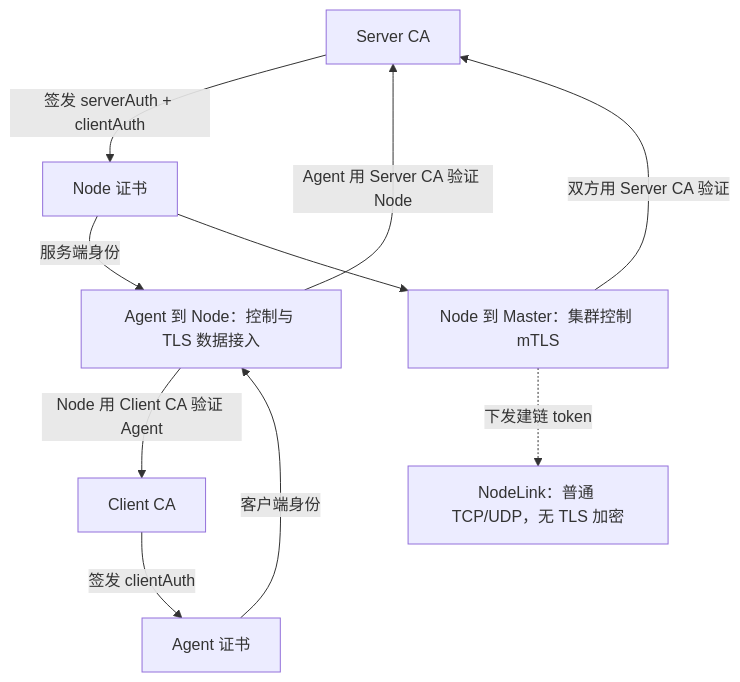
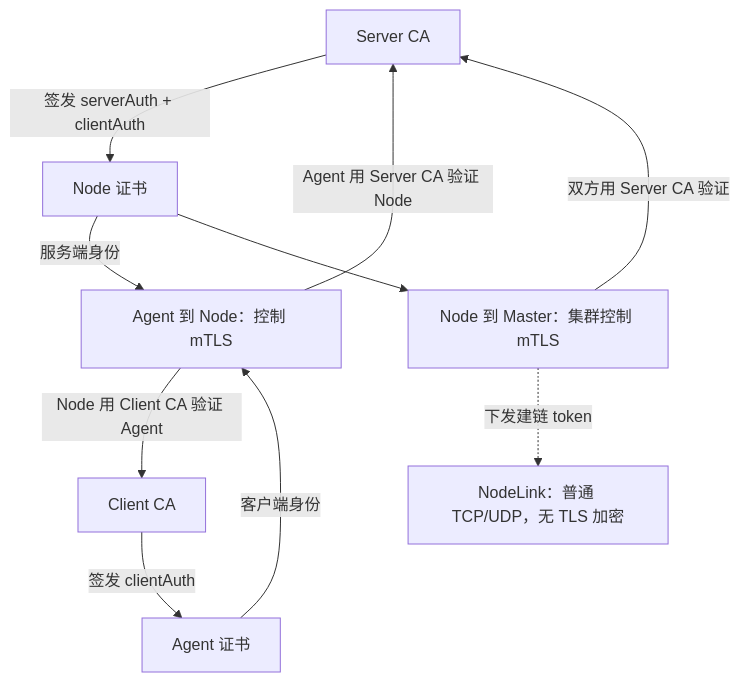
Before and after one commit to Xtinc/relayweave: diagram 17 of 20 in docs/RelayWeave设计.md, drawn with Mermaid. The commit also changed other lines of this file and 62 other files, not shown here.

First line of the commit message:
Refactor: Remove TLS configuration from node settings

````diff
--- a/docs/RelayWeave设计.md
+++ b/docs/RelayWeave设计.md
@@ -1141,12 +1144,12 @@
 ```mermaid
 flowchart TD
     ServerCA["Server CA"] -->|"签发 serverAuth + clientAuth"| NodeCert["Node 证书"]
     ClientCA["Client CA"] -->|"签发 clientAuth"| AgentCert["Agent 证书"]
-    AgentCert -->|"客户端身份"| AgentTLS["Agent 到 Node：控制与 TLS 数据接入"]
+    AgentCert -->|"客户端身份"| AgentTLS["Agent 到 Node：控制 mTLS"]
     NodeCert -->|"服务端身份"| AgentTLS
     NodeCert --> ClusterTLS["Node 到 Master：集群控制 mTLS"]
     AgentTLS -->|"Node 用 Client CA 验证 Agent"| ClientCA
     AgentTLS -->|"Agent 用 Server CA 验证 Node"| ServerCA
     ClusterTLS -->|"双方用 Server CA 验证"| ServerCA
     ClusterTLS -.->|"下发建链 token"| Link["NodeLink：普通 TCP/UDP，无 TLS 加密"]
 ```
````
